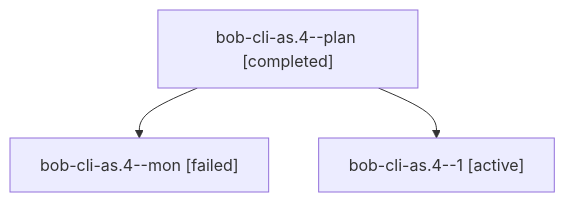
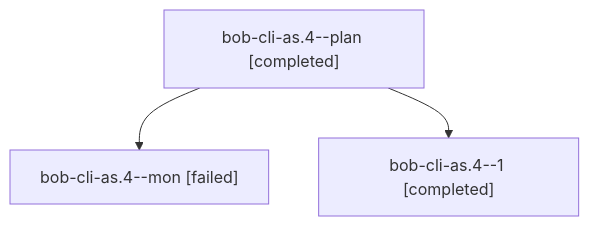
The diagram in sessions/bbugyi200.athena.bob-cli-as.4.md (bobs-org/bob-cli--agents), drawn with Mermaid before and after one commit. The commit also changed other lines of this file and 38 other files, not shown here.

````diff
--- a/sessions/bbugyi200.athena.bob-cli-as.4.md
+++ b/sessions/bbugyi200.athena.bob-cli-as.4.md
@@ -9,8 +9,8 @@
 ```mermaid
 flowchart TD
   n0["bob-cli-as.4--plan [completed]"]
   n1["bob-cli-as.4--mon [failed]"]
   n0 --> n1
-  n2["bob-cli-as.4--1 [active]"]
+  n2["bob-cli-as.4--1 [completed]"]
   n0 --> n2
 ```
````
